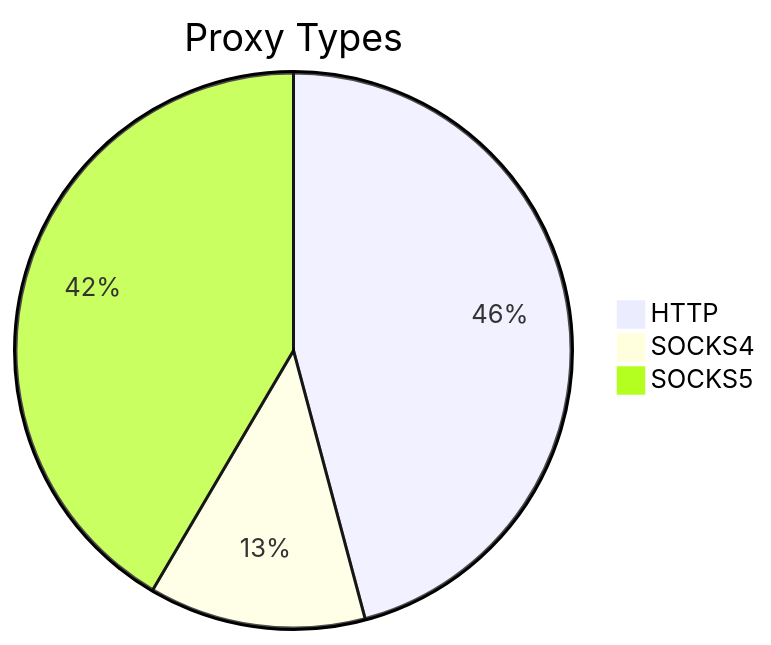
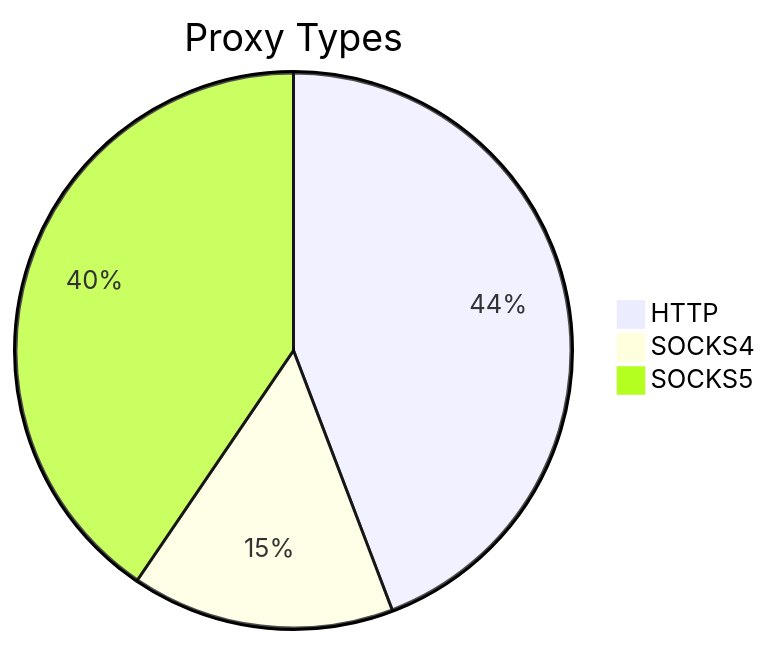
Before and after one commit to stormsia/proxy-list: the first of 2 diagrams in README.md, drawn with Mermaid. The commit also changed other lines of this file, not shown here.

````diff
--- a/README.md
+++ b/README.md
@@ -21,6 +21,6 @@
 ```mermaid
 pie title Proxy Types
-    "HTTP" : 149
-    "SOCKS4" : 41
-    "SOCKS5" : 135
+    "HTTP" : 107
+    "SOCKS4" : 37
+    "SOCKS5" : 98
 ```
````
